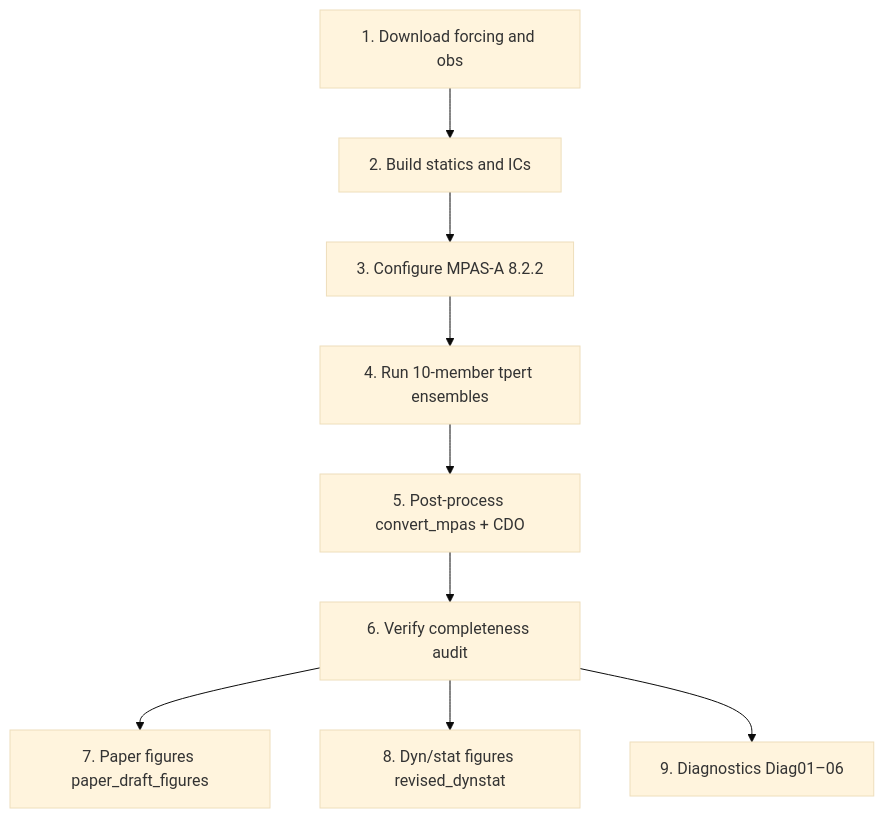
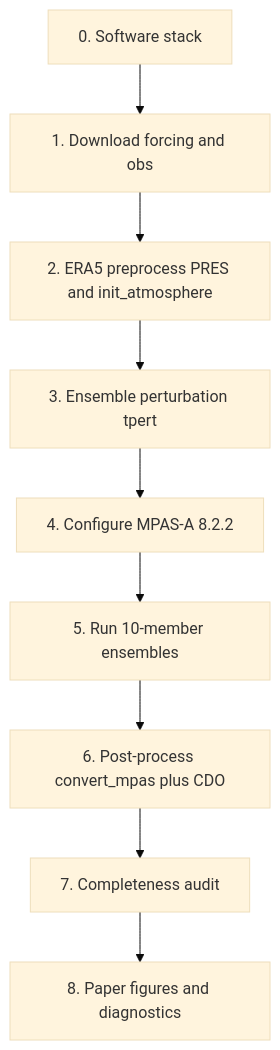
One commit to nomkwezane/mpas_paper1_workflow changed the diagram in README.md. Above: the diagram before and after it, drawn with Mermaid (base theme). The commit also changed other lines of this file and 8 other files, not shown here.

````diff
--- a/README.md
+++ b/README.md
@@ -14,11 +20,11 @@
 ```mermaid
 flowchart TD
-  A[1. Download forcing and obs] --> B[2. Build statics and ICs]
-  B --> C[3. Configure MPAS-A 8.2.2]
-  C --> D[4. Run 10-member tpert ensembles]
-  D --> E[5. Post-process convert_mpas + CDO]
-  E --> F[6. Verify completeness audit]
-  F --> G[7. Paper figures paper_draft_figures]
-  F --> H[8. Dyn/stat figures revised_dynstat]
-  F --> I[9. Diagnostics Diag01–06]
+  A[0. Software stack] --> B[1. Download forcing and obs]
+  B --> C[2. ERA5 preprocess PRES and init_atmosphere]
+  C --> D[3. Ensemble perturbation tpert]
+  D --> E[4. Configure MPAS-A 8.2.2]
+  E --> F[5. Run 10-member ensembles]
+  F --> G[6. Post-process convert_mpas plus CDO]
+  G --> H[7. Completeness audit]
+  H --> I[8. Paper figures and diagnostics]
 ```
````
